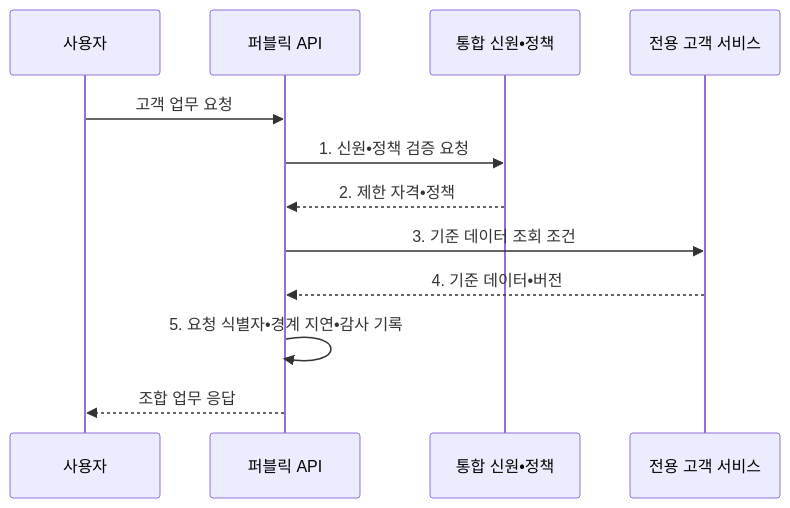
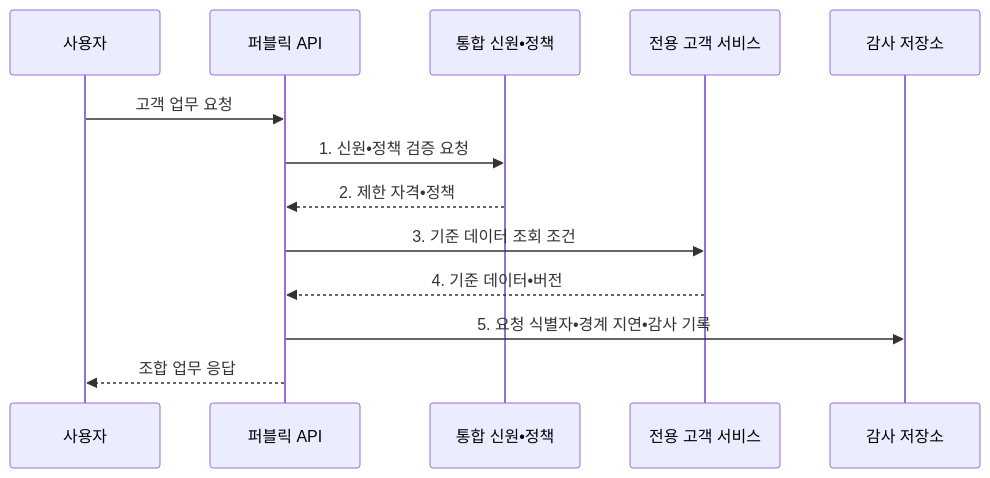
One commit to agnusdei1207/knowledge-base changed the second of 2 diagrams in src/content/docs/notes/03-software/144_hybrid_cloud.md. Above: the diagram before and after it, drawn with Mermaid. The commit also changed other lines of this file and 7 other files, not shown here.

````diff
--- a/src/content/docs/notes/03-software/144_hybrid_cloud.md
+++ b/src/content/docs/notes/03-software/144_hybrid_cloud.md
@@ -111,14 +111,15 @@
 ```mermaid
 sequenceDiagram
     participant U as 사용자
     participant P as 퍼블릭 API
     participant I as 통합 신원•정책
     participant R as 전용 고객 서비스
+    participant A as 감사 저장소
     U->>P: 고객 업무 요청
     P->>I: 1. 신원•정책 검증 요청
     I-->>P: 2. 제한 자격•정책
     P->>R: 3. 기준 데이터 조회 조건
     R-->>P: 4. 기준 데이터•버전
-    P->>P: 5. 요청 식별자•경계 지연•감사 기록
+    P->>A: 5. 요청 식별자•경계 지연•감사 기록
     P-->>U: 조합 업무 응답
 ```
````
